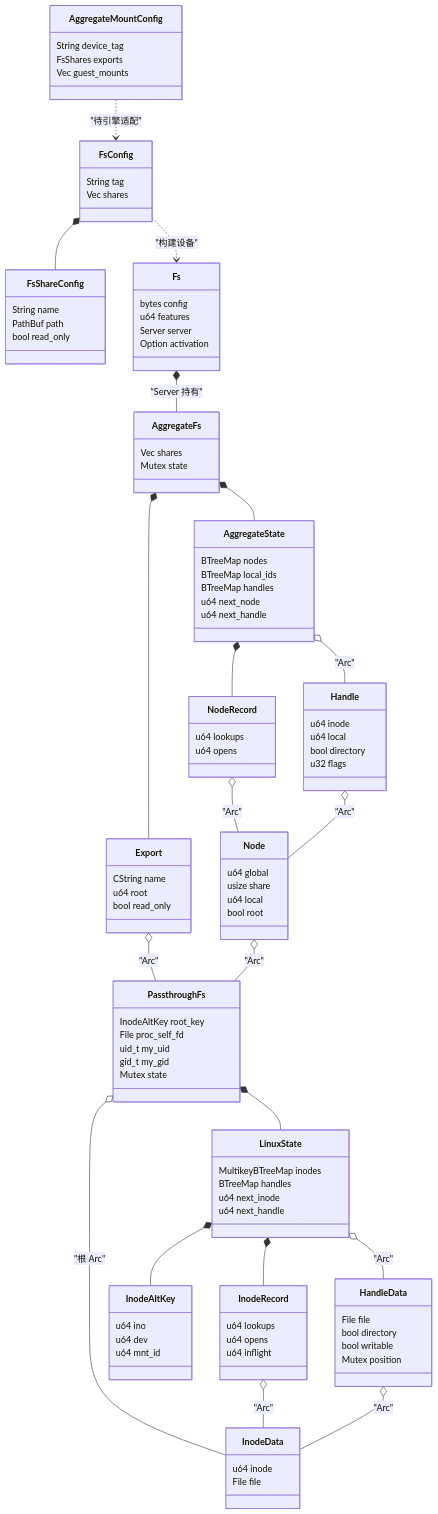
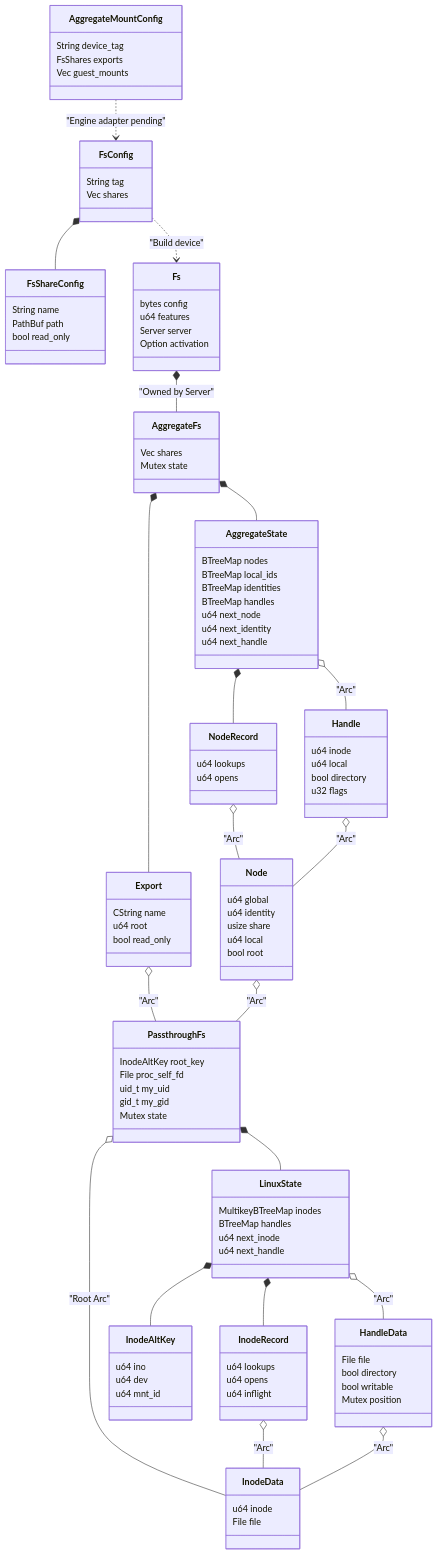
One commit to boxlite-ai/boxlite changed the second of 5 diagrams in docs/contributing/architecture/vmm/virtio-fs.md. Above: the diagram before and after it, drawn with Mermaid. The commit also changed other lines of this file and 8 other files, not shown here.

```diff
--- a/docs/contributing/architecture/vmm/virtio-fs.md
+++ b/docs/contributing/architecture/vmm/virtio-fs.md
@@ -79,8 +93,10 @@
     class AggregateState {
         BTreeMap nodes
         BTreeMap local_ids
+        BTreeMap identities
         BTreeMap handles
         u64 next_node
+        u64 next_identity
         u64 next_handle
     }
     class Export {
@@ -94,6 +110,7 @@
     }
     class Node {
         u64 global
+        u64 identity
         usize share
         u64 local
         bool root
@@ -137,10 +154,10 @@
         bool writable
         Mutex position
     }
-    AggregateMountConfig ..> FsConfig : "待引擎适配"
+    AggregateMountConfig ..> FsConfig : "Engine adapter pending"
     FsConfig *-- FsShareConfig
-    FsConfig ..> Fs : "构建设备"
-    Fs *-- AggregateFs : "Server 持有"
+    FsConfig ..> Fs : "Build device"
+    Fs *-- AggregateFs : "Owned by Server"
     AggregateFs *-- Export
     AggregateFs *-- AggregateState
     AggregateState *-- NodeRecord
@@ -149,7 +166,7 @@
     Handle o-- Node : "Arc"
     Export o-- PassthroughFs : "Arc"
     Node o-- PassthroughFs : "Arc"
-    PassthroughFs o-- InodeData : "根 Arc"
+    PassthroughFs o-- InodeData : "Root Arc"
     PassthroughFs *-- LinuxState
     LinuxState *-- InodeAltKey
     LinuxState *-- InodeRecord
```
